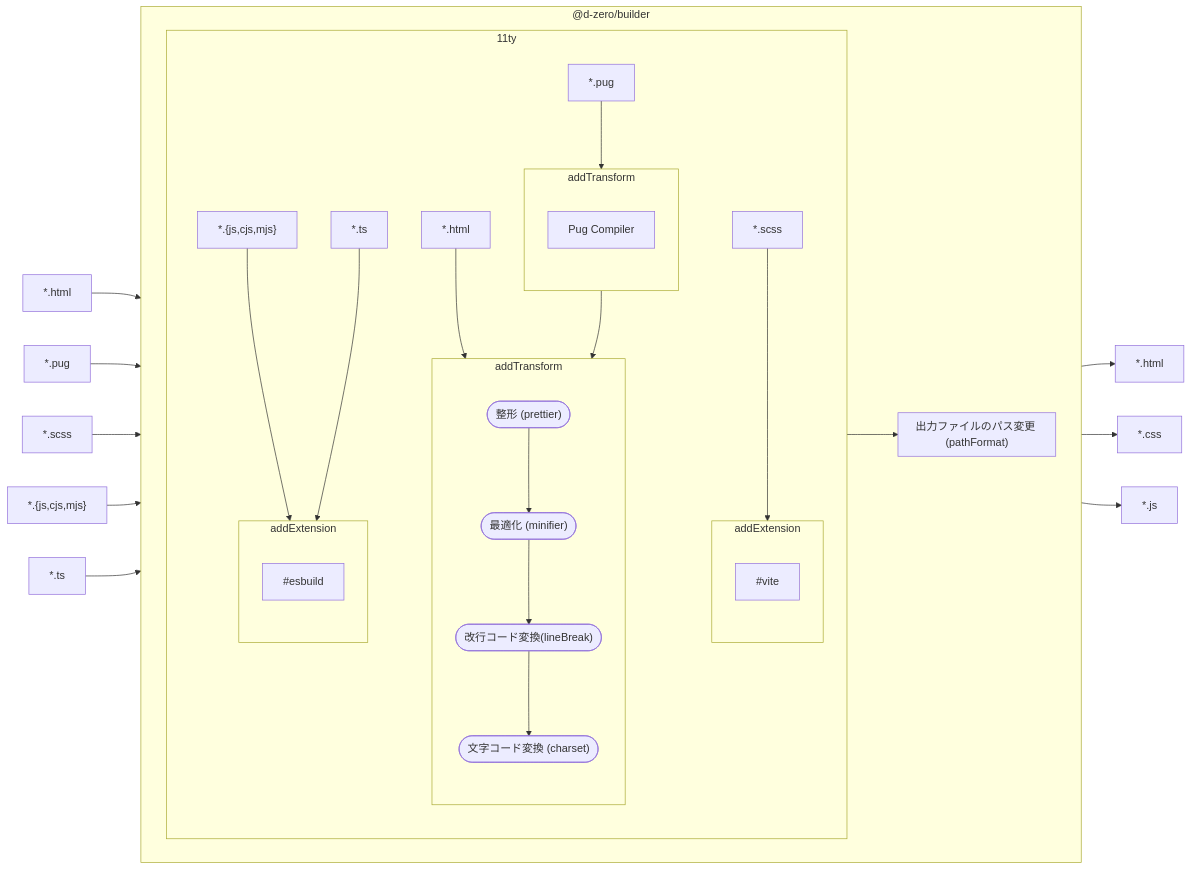
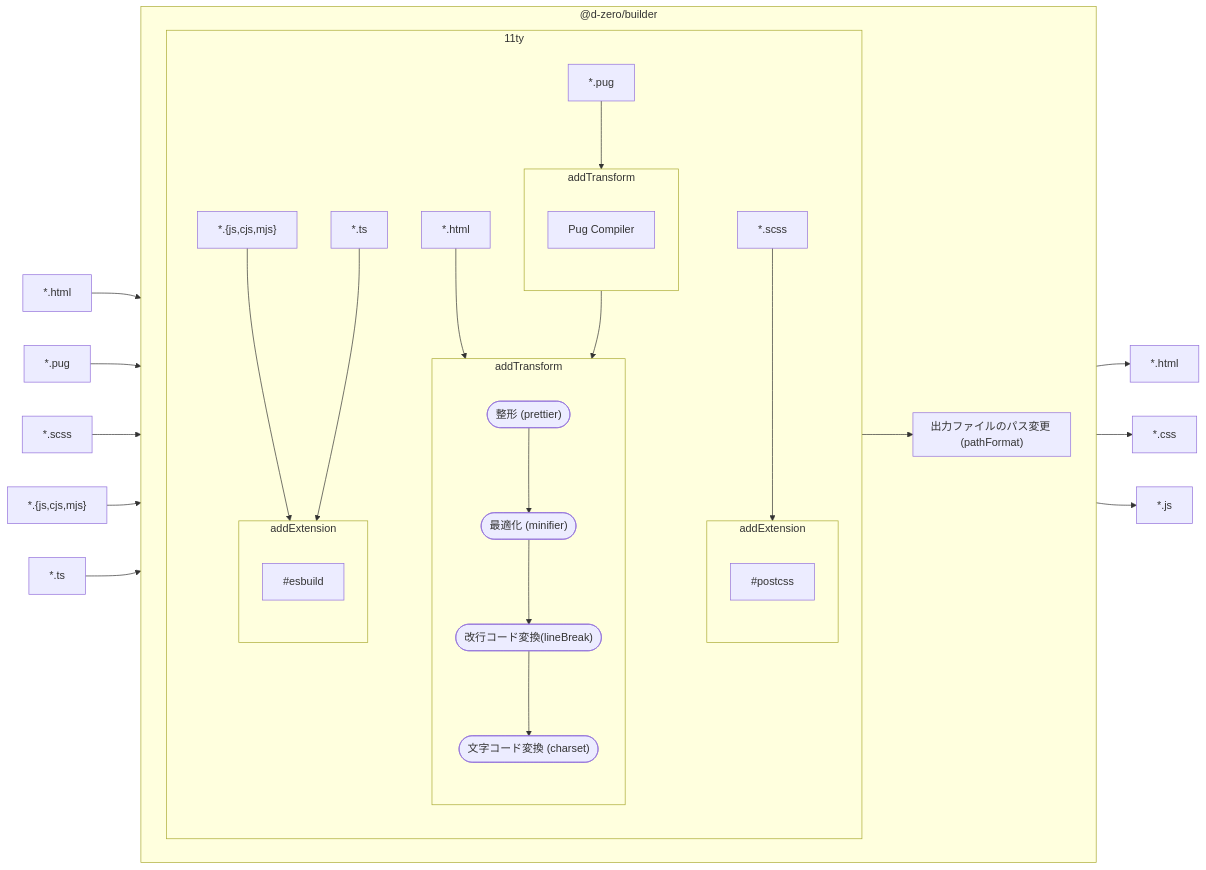
The diagram in src/html/builder.md (d-zero-dev/frontend-guidelines), drawn with Mermaid before and after one commit. The commit also changed 3 other files, not shown here.

````diff
--- a/src/html/builder.md
+++ b/src/html/builder.md
@@ -5,72 +5,72 @@
 ```mermaid
 flowchart LR
 	#inHTML["*.html"]
 	#inPug["*.pug"]
 	#inSCSS["*.scss"]
 	#inJS["*.{js,cjs,mjs}"]
 	#inTS["*.ts"]
 	#outHTML["*.html"]
 	#outCSS["*.css"]
 	#outJS["*.js"]
 
 	#inHTML --> #dzBuilder
 	#inPug --> #dzBuilder
 	#inSCSS --> #dzBuilder
 	#inJS --> #dzBuilder
 	#inTS --> #dzBuilder
 	#dzBuilder --> #outHTML
 	#dzBuilder --> #outCSS
 	#dzBuilder --> #outJS
 
 	subgraph #dzBuilder["@d-zero/builder"]
 		direction LR
 
 		subgraph #eleventy["11ty"]
 			#html["*.html"]
 			#pug["*.pug"]
 			#scss["*.scss"]
 			#js["*.{js,cjs,mjs}"]
 			#ts["*.ts"]
 
 			subgraph #transformPug["addTransform"]
 				direction TB
 
 				#pugCompiler["Pug Compiler"]
 			end
 
 			subgraph #transformHTML["addTransform"]
 				direction TB
 
 				#prettier(["整形 (prettier)"])
 				#minifier(["最適化 (minifier)"])
 				#lineBreak(["改行コード変換(lineBreak)"])
 				#charset(["文字コード変換 (charset)"])
 
 				#prettier --> #minifier --> #lineBreak --> #charset
 			end
 
 			subgraph #transpileCSS["addExtension"]
 				direction TB
 
-				#vite
+				#postcss
 			end
 
 			subgraph #transpileJS["addExtension"]
 				direction TB
 
 				#esbuild
 			end
 
 			#html --> #transformHTML
 			#pug --> #transformPug --> #transformHTML
 			#scss --> #transpileCSS
 			#js --> #transpileJS
 			#ts --> #transpileJS
 		end
 
 		subgraph #pathFormat["出力ファイルのパス変更 (pathFormat)"]
 		end
 
 		#eleventy --> #pathFormat
 	end
 ```
````
